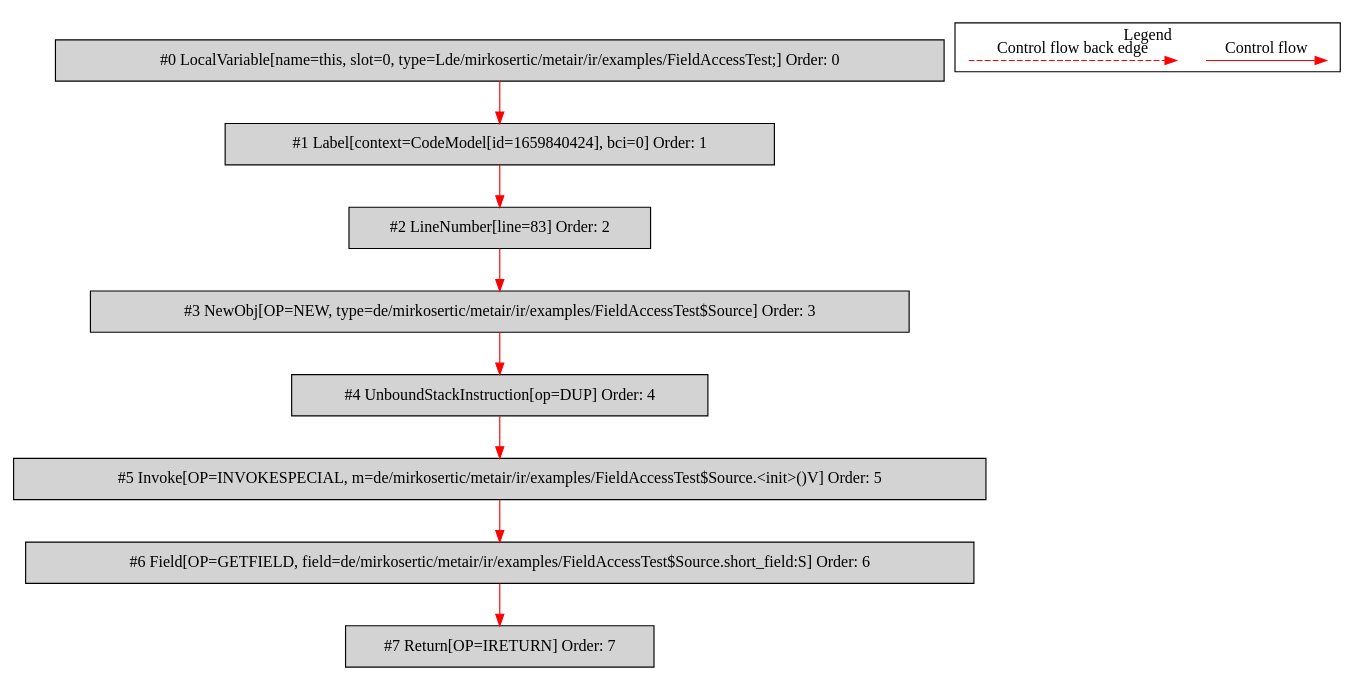
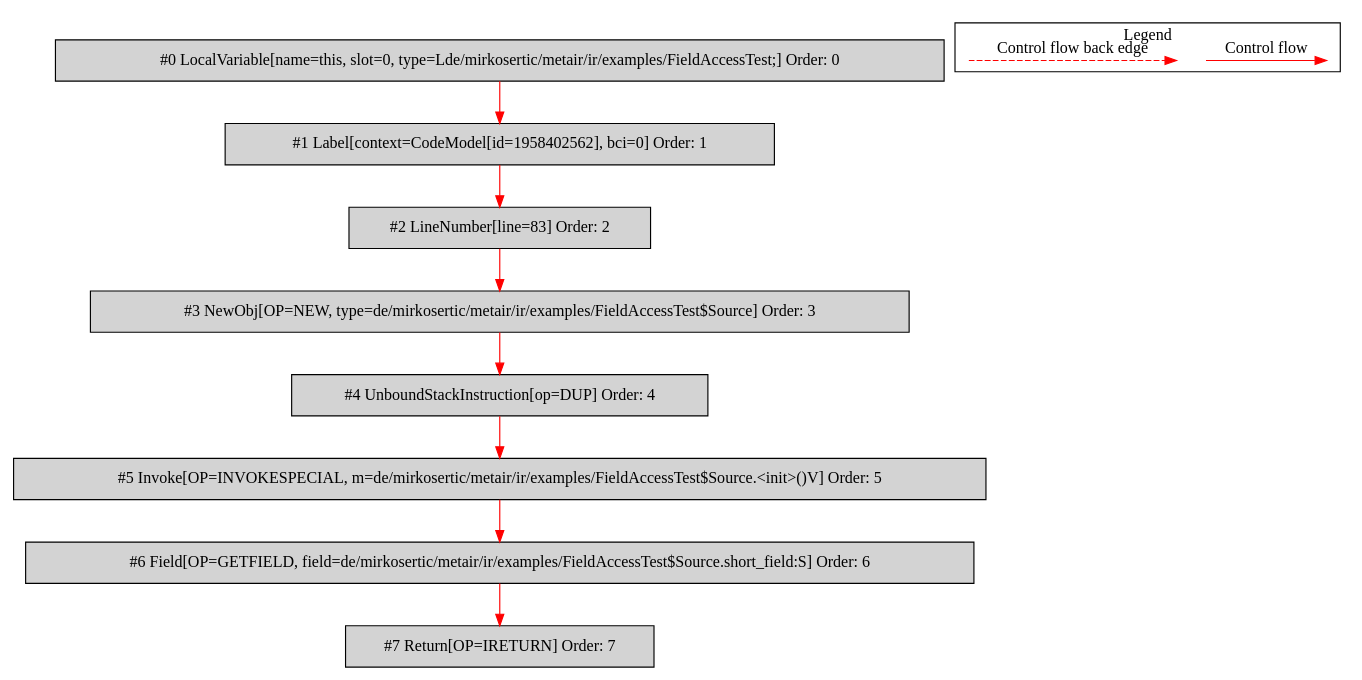
The diagram in de.mirkosertic.metair.ir.examples.FieldAccessTest/return_short/bytecodecfg.dot (mirkosertic/MetaIR), drawn with Graphviz before and after one commit. The commit also changed 1234 other files, not shown here.

```diff
--- a/de.mirkosertic.metair.ir.examples.FieldAccessTest/return_short/bytecodecfg.dot
+++ b/de.mirkosertic.metair.ir.examples.FieldAccessTest/return_short/bytecodecfg.dot
@@ -1,32 +1,32 @@
 digraph {
  ordering="in";
  node0[label="#0 LocalVariable[name=this, slot=0, type=Lde/mirkosertic/metair/ir/examples/FieldAccessTest;] Order: 0", shape=box, fillcolor=lightgrey, style=filled];
- node1[label="#1 Label[context=CodeModel[id=1659840424], bci=0] Order: 1", shape=box, fillcolor=lightgrey, style=filled];
+ node1[label="#1 Label[context=CodeModel[id=1958402562], bci=0] Order: 1", shape=box, fillcolor=lightgrey, style=filled];
  node2[label="#2 LineNumber[line=83] Order: 2", shape=box, fillcolor=lightgrey, style=filled];
  node3[label="#3 NewObj[OP=NEW, type=de/mirkosertic/metair/ir/examples/FieldAccessTest$Source] Order: 3", shape=box, fillcolor=lightgrey, style=filled];
  node4[label="#4 UnboundStackInstruction[op=DUP] Order: 4", shape=box, fillcolor=lightgrey, style=filled];
  node5[label="#5 Invoke[OP=INVOKESPECIAL, m=de/mirkosertic/metair/ir/examples/FieldAccessTest$Source.<init>()V] Order: 5", shape=box, fillcolor=lightgrey, style=filled];
  node6[label="#6 Field[OP=GETFIELD, field=de/mirkosertic/metair/ir/examples/FieldAccessTest$Source.short_field:S] Order: 6", shape=box, fillcolor=lightgrey, style=filled];
  node7[label="#7 Return[OP=IRETURN] Order: 7", shape=box, fillcolor=lightgrey, style=filled];
  node0 -> node1[color=red];
  node1 -> node2[color=red];
  node2 -> node3[color=red];
  node3 -> node4[color=red];
  node4 -> node5[color=red];
  node5 -> node6[color=red];
  node6 -> node7[color=red];
  subgraph cluster_000 {
   label = "Legend";
   node [shape=point]
   {
    rank=same;
    c0 [style = invis];
    c1 [style = invis];
    c2 [style = invis];
    c3 [style = invis];
   }
   c0 -> c1 [label="Control flow", style=solid, color=red]
   c2 -> c3 [label="Control flow back edge", style=dashed, color=red]
  }
 
 }
```
